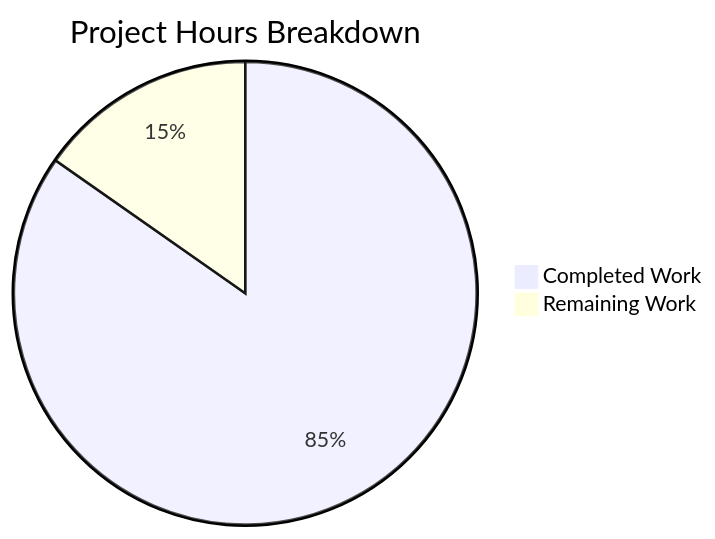
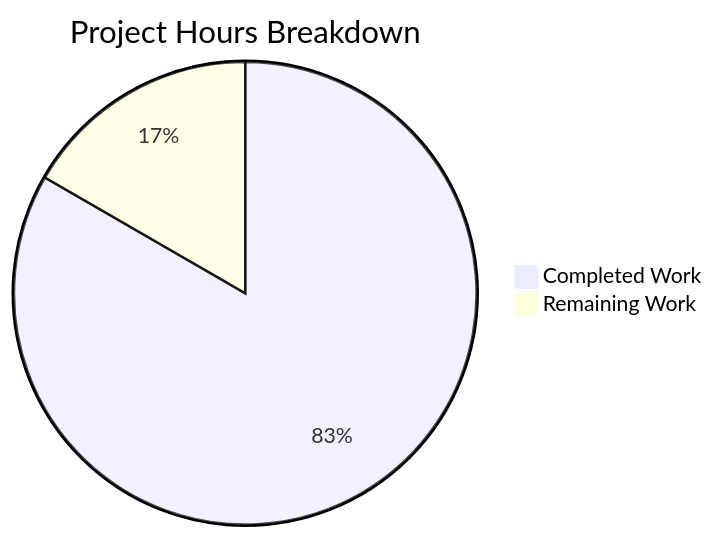
The second of 3 diagrams in blitzy/documentation/Project Guide.md (Blitzy-Sandbox/blitzy-cal), drawn with Mermaid before and after one commit. The commit also changed other lines of this file, not shown here.

Commit message:
Adding Blitzy Project Guide: Project Status and Human Tasks Remaining

````diff
--- a/blitzy/documentation/Project Guide.md
+++ b/blitzy/documentation/Project Guide.md
@@ -227,5 +198,5 @@
 ```mermaid
 pie title Project Hours Breakdown
-    "Completed Work" : 305
-    "Remaining Work" : 55
+    "Completed Work" : 25
+    "Remaining Work" : 5
 ```
````
